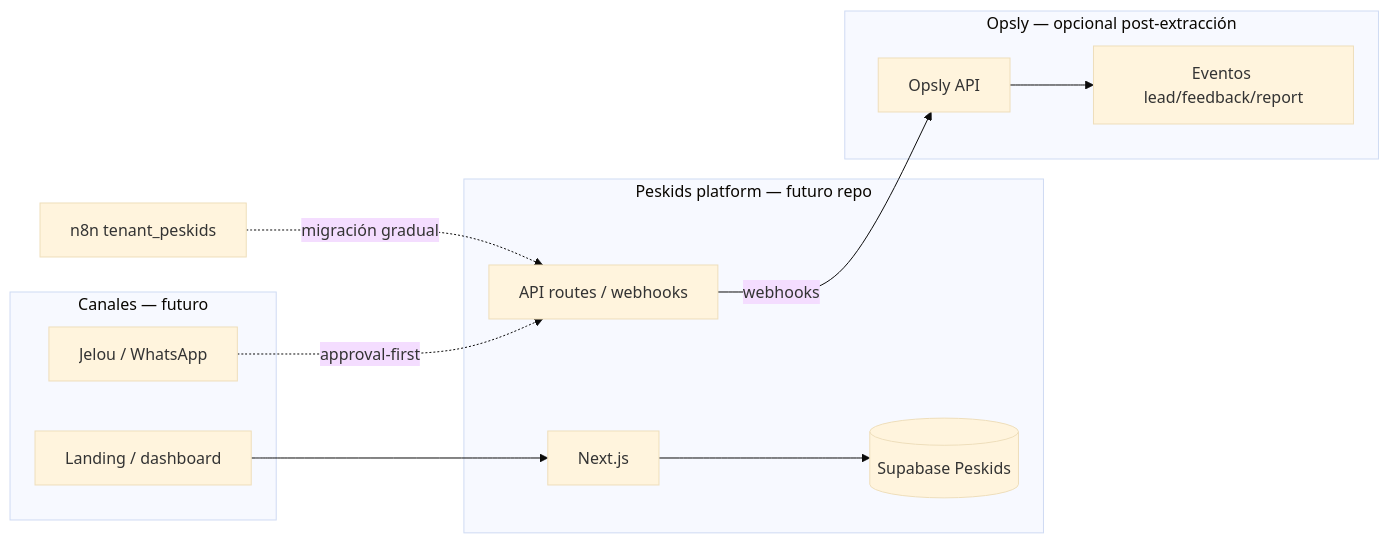
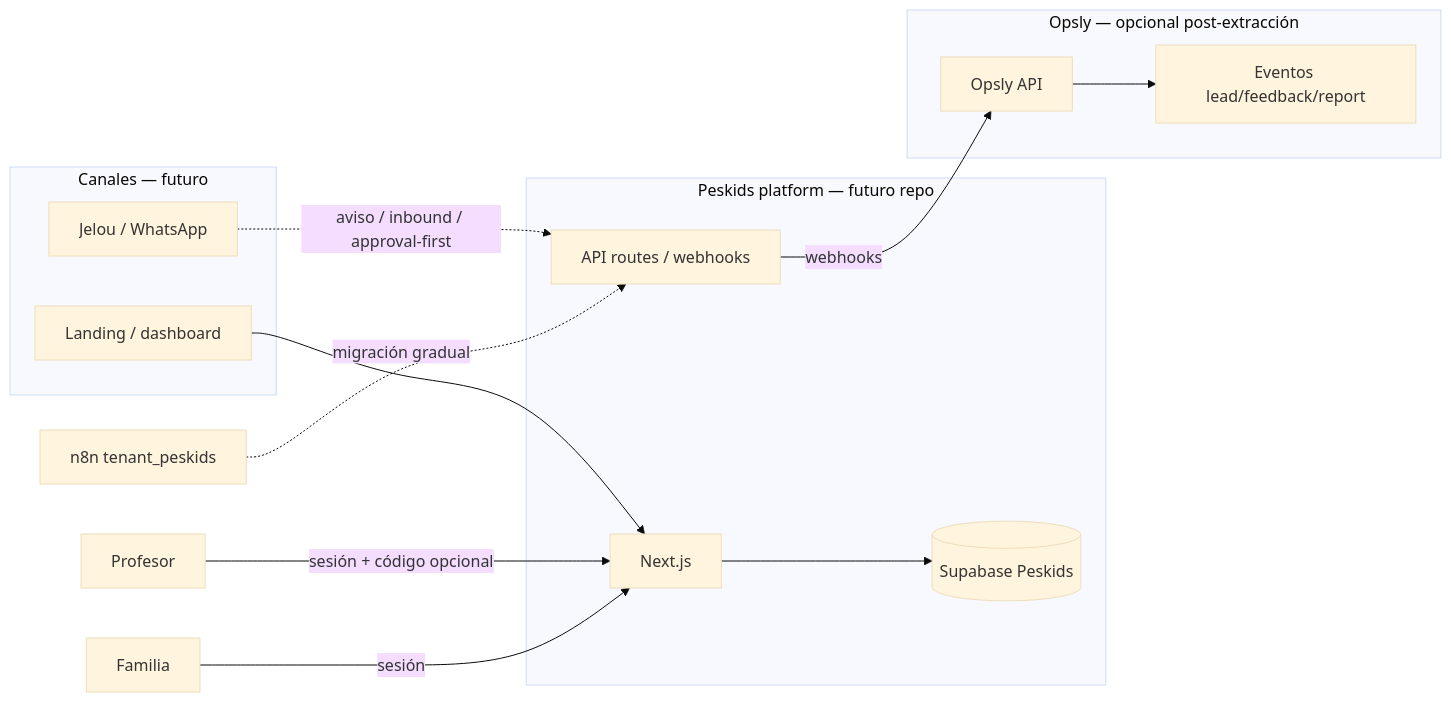
One commit to cloudsysops/opsly changed the second of 2 diagrams in docs/tenants/peskids/ARCHITECTURE.md. Above: the diagram before and after it, drawn with Mermaid (base theme). The commit also changed other lines of this file and 14 other files, not shown here.

First line of the commit message:
feat(peskids): connect teacher feedback to family dashboard (#1111)

````diff
--- a/docs/tenants/peskids/ARCHITECTURE.md
+++ b/docs/tenants/peskids/ARCHITECTURE.md
@@ -58,25 +58,27 @@
 ```mermaid
 flowchart LR
   subgraph peskids_product[Peskids platform — futuro repo]
     Web[Next.js]
     PSB[(Supabase Peskids)]
     Edge[API routes / webhooks]
   end
 
   subgraph channels[Canales — futuro]
     WA[Jelou / WhatsApp]
     Web2[Landing / dashboard]
   end
 
   subgraph opsly_bridge[Opsly — opcional post-extracción]
     API2[Opsly API]
     Events[Eventos lead/feedback/report]
   end
 
   Web2 --> Web
-  WA -.->|approval-first| Edge
+  WA -.->|aviso / inbound / approval-first| Edge
+  Teacher[Profesor] -->|sesión + código opcional| Web
+  Family[Familia] -->|sesión| Web
   Web --> PSB
   Edge -->|webhooks| API2
   API2 --> Events
   N8N2[n8n tenant_peskids] -.->|migración gradual| Edge
 ```
````
